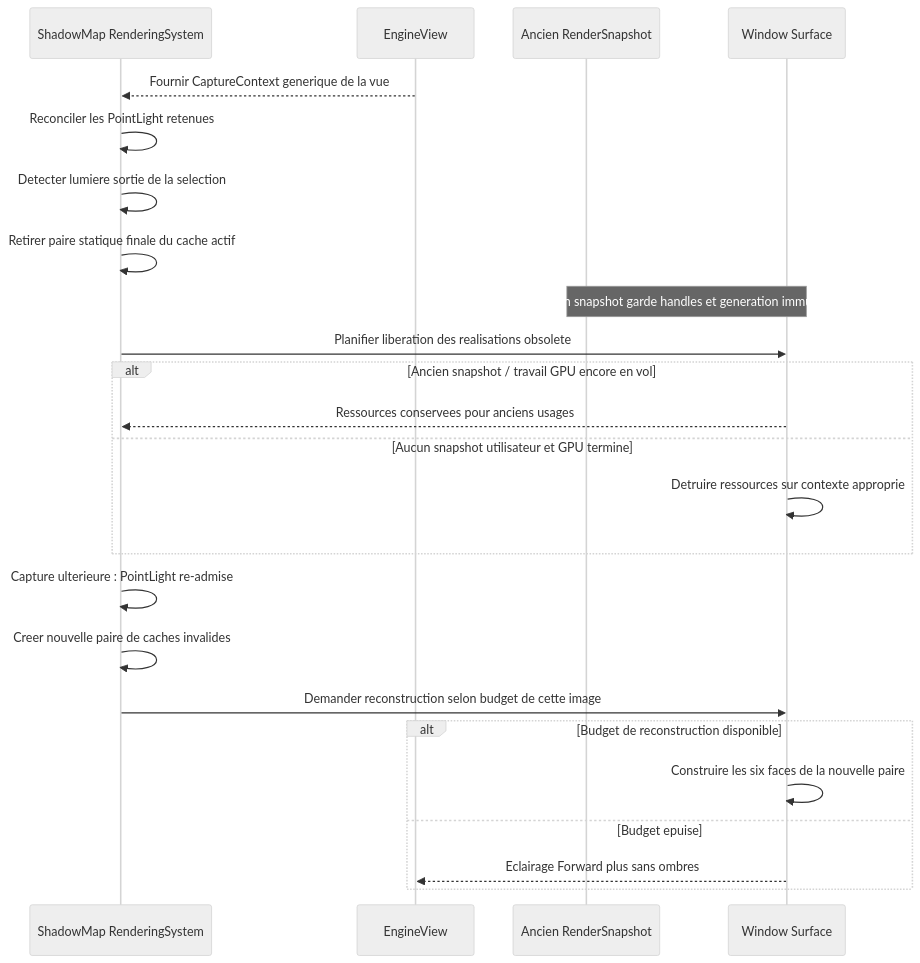
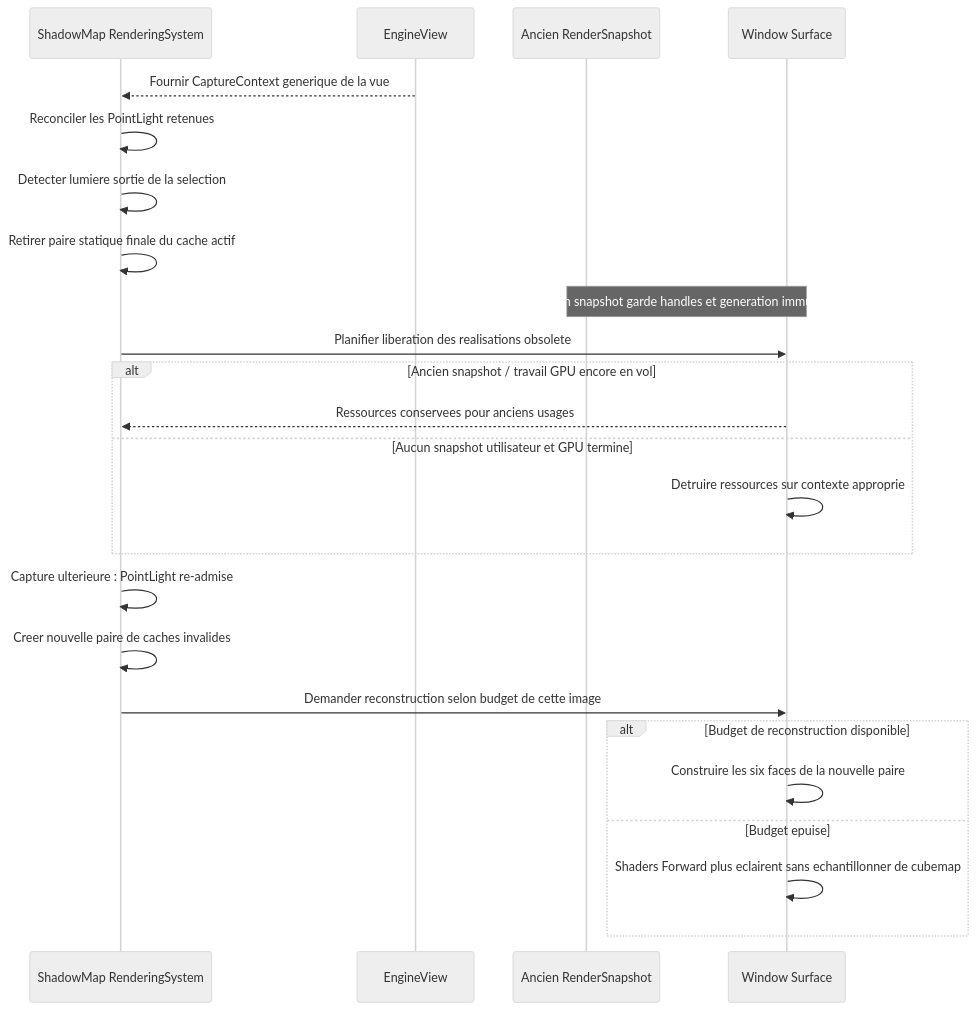
One commit to EreliaStudio/Sparkle changed the eighth of 19 diagrams in docs/voxel-engine-v0.1.4-specification.md. Above: the diagram before and after it, drawn with Mermaid (neutral theme).

Commit message:
docs(v0.1.4): clarify no ShadowMap callback to generic EngineView during GPU fallback

````diff
--- a/docs/voxel-engine-v0.1.4-specification.md
+++ b/docs/voxel-engine-v0.1.4-specification.md
@@ -757,26 +757,26 @@
 ```mermaid
 sequenceDiagram
     participant SEL as ShadowMap RenderingSystem
     participant VIEW as EngineView
     participant SNAP as Ancien RenderSnapshot
     participant GPU as Window Surface
     VIEW-->>SEL: Fournir CaptureContext generique de la vue
     SEL->>SEL: Reconciler les PointLight retenues
     SEL->>SEL: Detecter lumiere sortie de la selection
     SEL->>SEL: Retirer paire statique finale du cache actif
     Note over SNAP,GPU: Ancien snapshot garde handles et generation immuables
     SEL->>GPU: Planifier liberation des realisations obsolete
     alt Ancien snapshot / travail GPU encore en vol
         GPU-->>SEL: Ressources conservees pour anciens usages
     else Aucun snapshot utilisateur et GPU termine
         GPU->>GPU: Detruire ressources sur contexte approprie
     end
     SEL->>SEL: Capture ulterieure : PointLight re-admise
     SEL->>SEL: Creer nouvelle paire de caches invalides
     SEL->>GPU: Demander reconstruction selon budget de cette image
     alt Budget de reconstruction disponible
         GPU->>GPU: Construire les six faces de la nouvelle paire
     else Budget epuise
-        GPU-->>VIEW: Eclairage Forward plus sans ombres
+        GPU->>GPU: Shaders Forward plus eclairent sans echantillonner de cubemap
     end
 ```
````
